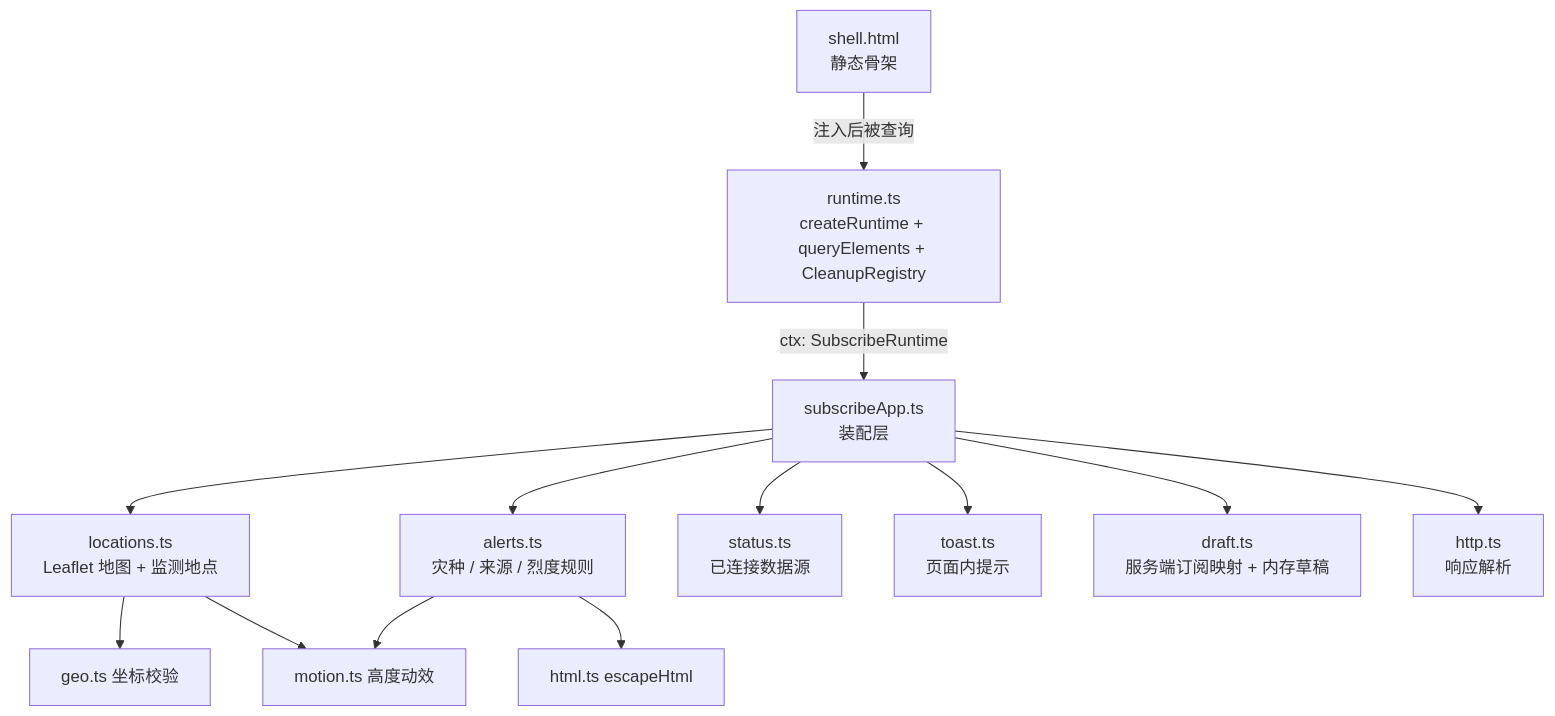
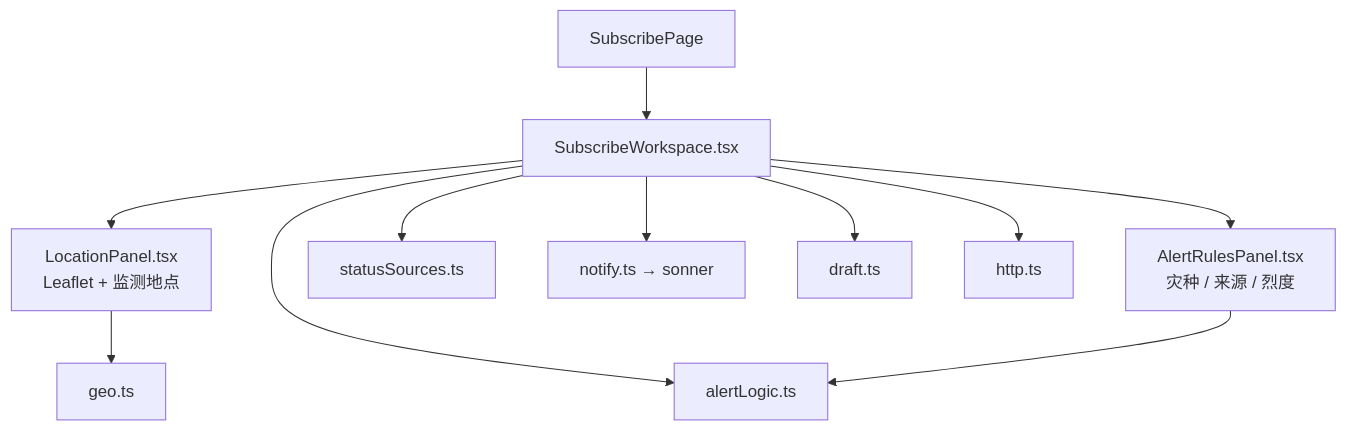
The third of 8 diagrams in docs/architecture.md (luyi2008/disaster-alert-web), drawn with Mermaid before and after one commit. The commit also changed other lines of this file and 83 other files, not shown here.

````diff
--- a/docs/architecture.md
+++ b/docs/architecture.md
@@ -133,21 +130,24 @@
 ```mermaid
 graph TB
-    Shell["shell.html<br/>静态骨架"]
-    Runtime["runtime.ts<br/>createRuntime + queryElements + CleanupRegistry"]
-    App["subscribeApp.ts<br/>装配层"]
+    Page["SubscribePage"]
+    Work["SubscribeWorkspace.tsx"]
+    Loc["LocationPanel.tsx<br/>Leaflet + 监测地点"]
+    Alerts["AlertRulesPanel.tsx<br/>灾种 / 来源 / 烈度"]
+    Logic["alertLogic.ts"]
+    Status["statusSources.ts"]
+    Notify["notify.ts → sonner"]
+    Draft["draft.ts"]
+    Geo["geo.ts"]
+    Http["http.ts"]
 
-    Shell -->|"注入后被查询"| Runtime
-    Runtime -->|"ctx: SubscribeRuntime"| App
-
-    App --> Loc["locations.ts<br/>Leaflet 地图 + 监测地点"]
-    App --> Alerts["alerts.ts<br/>灾种 / 来源 / 烈度规则"]
-    App --> Status["status.ts<br/>已连接数据源"]
-    App --> Toast["toast.ts<br/>页面内提示"]
-
-    Loc --> Geo["geo.ts 坐标校验"]
-    App --> Draft["draft.ts<br/>服务端订阅映射 + 内存草稿"]
-    App --> Http["http.ts<br/>响应解析"]
-    Loc --> Motion["motion.ts 高度动效"]
-    Alerts --> Motion
-    Alerts --> Html["html.ts escapeHtml"]
+    Page --> Work
+    Work --> Loc
+    Work --> Alerts
+    Work --> Logic
+    Work --> Status
+    Work --> Notify
+    Work --> Draft
+    Loc --> Geo
+    Work --> Http
+    Alerts --> Logic
 ```
````
